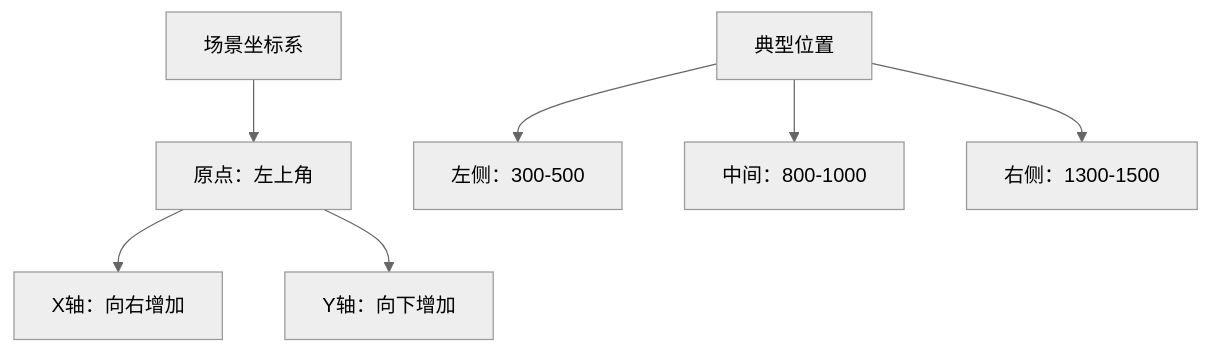
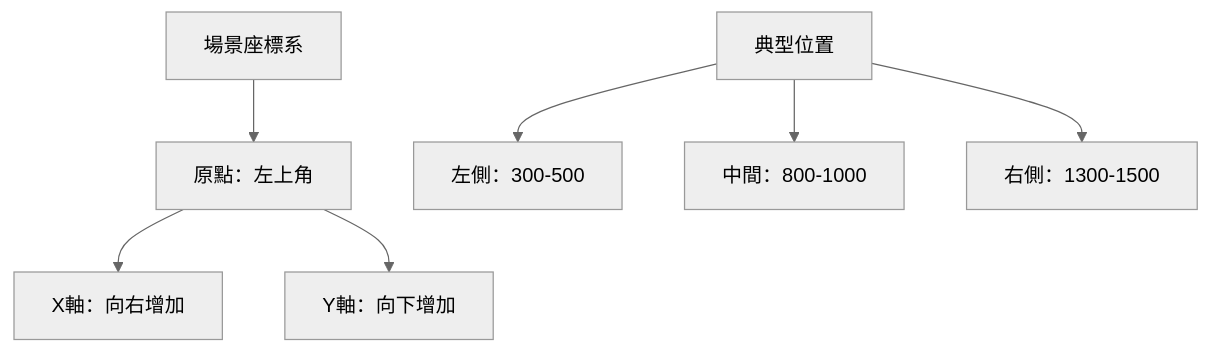
The diagram in docs/tc/tutorial/actor-coordinate-and-scaling.md (DSOE1024/konado), drawn with Mermaid (neutral theme) before and after one commit. The commit also changed other lines of this file, not shown here.

````diff
--- a/docs/tc/tutorial/actor-coordinate-and-scaling.md
+++ b/docs/tc/tutorial/actor-coordinate-and-scaling.md
@@ -5,9 +5,9 @@
 ```mermaid
 graph TD
-    A[场景坐标系] --> B[原点：左上角]
-    B --> C[X轴：向右增加]
-    B --> D[Y轴：向下增加]
-    E[典型位置] --> F[左侧：300-500]
-    E --> G[中间：800-1000]
-    E --> H[右侧：1300-1500]
+    A[場景座標系] --> B[原點：左上角]
+    B --> C[X軸：向右增加]
+    B --> D[Y軸：向下增加]
+    E[典型位置] --> F[左側：300-500]
+    E --> G[中間：800-1000]
+    E --> H[右側：1300-1500]
 ```
````
